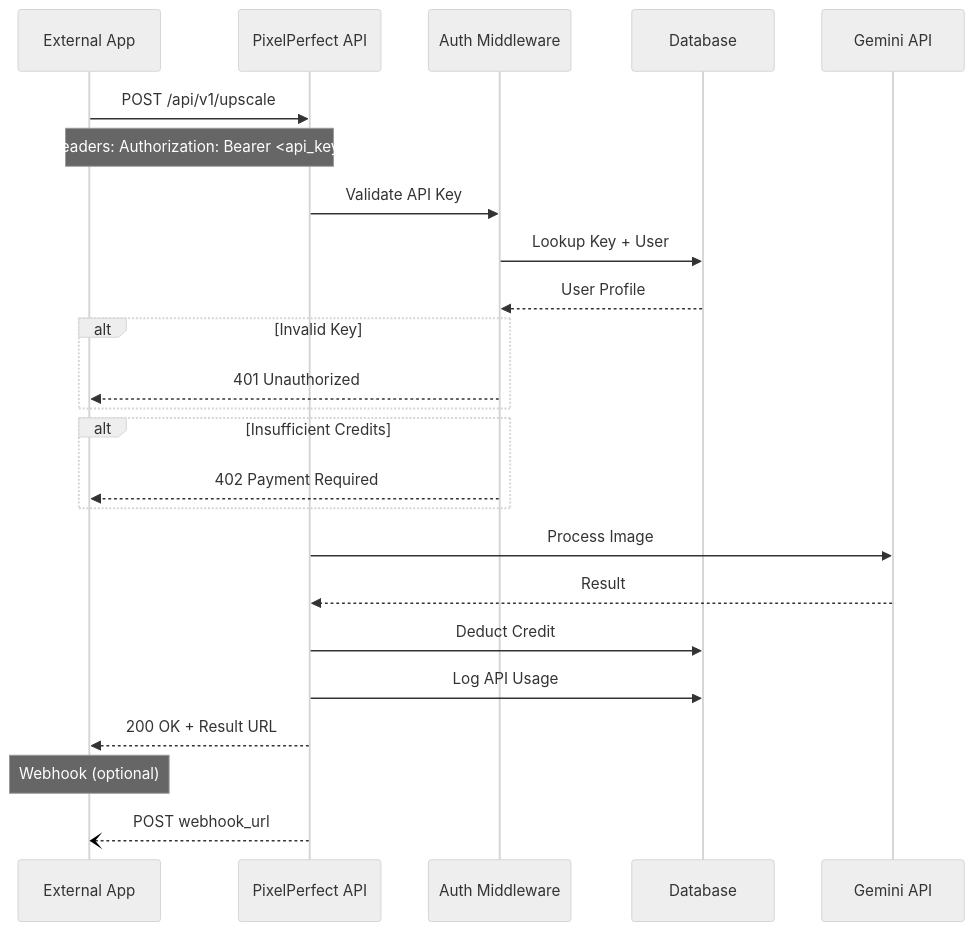
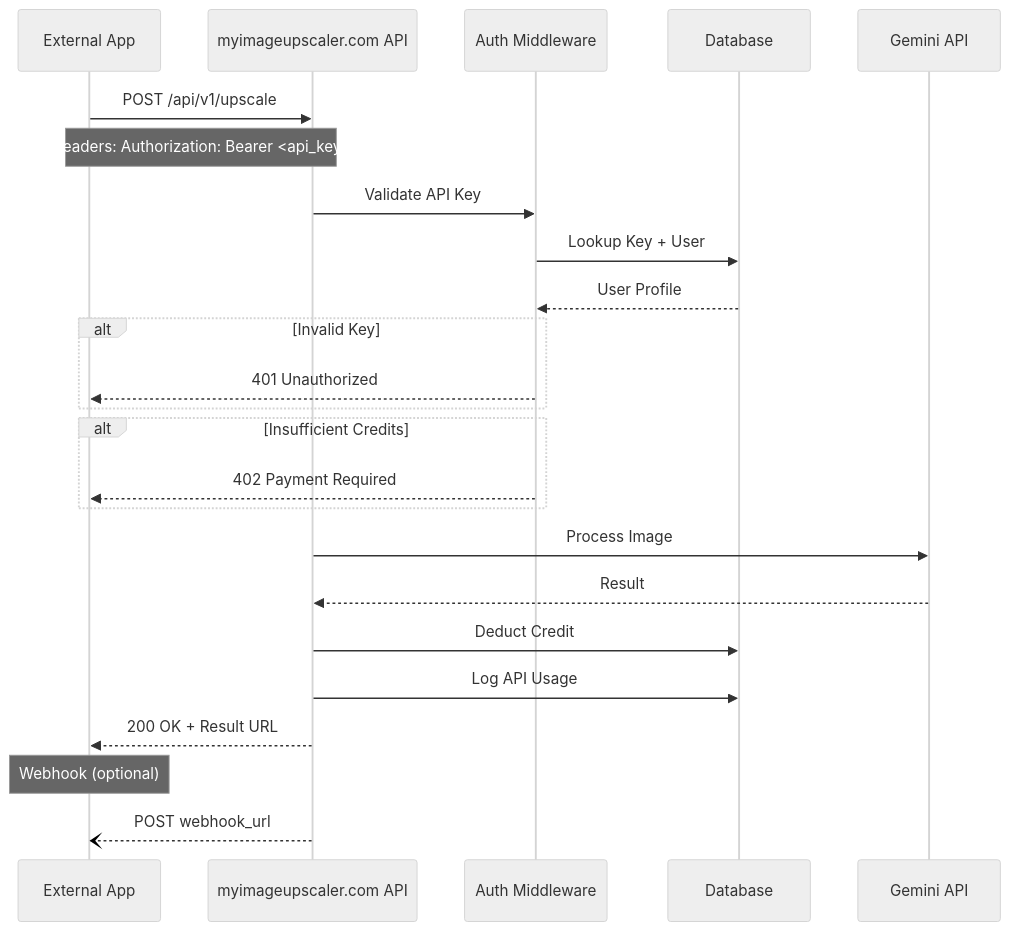
The ninth of 10 diagrams in docs/technical/user-flow.md (jonit-dev/pixelperfect), drawn with Mermaid (neutral theme) before and after one commit. The commit also changed other lines of this file and 120 other files, not shown here.

````diff
--- a/docs/technical/user-flow.md
+++ b/docs/technical/user-flow.md
@@ -267,34 +267,34 @@
 ```mermaid
 sequenceDiagram
     participant App as External App
-    participant API as PixelPerfect API
+    participant API as myimageupscaler.com API
     participant Auth as Auth Middleware
     participant DB as Database
     participant AI as Gemini API
 
     App->>API: POST /api/v1/upscale
     Note over App,API: Headers: Authorization: Bearer <api_key>
 
     API->>Auth: Validate API Key
     Auth->>DB: Lookup Key + User
     DB-->>Auth: User Profile
 
     alt Invalid Key
         Auth-->>App: 401 Unauthorized
     end
 
     alt Insufficient Credits
         Auth-->>App: 402 Payment Required
     end
 
     API->>AI: Process Image
     AI-->>API: Result
 
     API->>DB: Deduct Credit
     API->>DB: Log API Usage
 
     API-->>App: 200 OK + Result URL
 
     Note over App: Webhook (optional)
     API--)App: POST webhook_url
 ```
````
